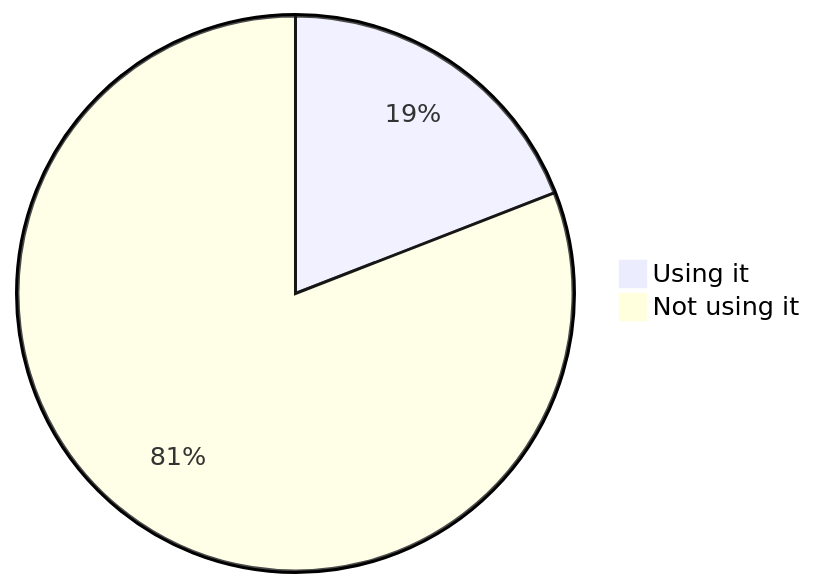
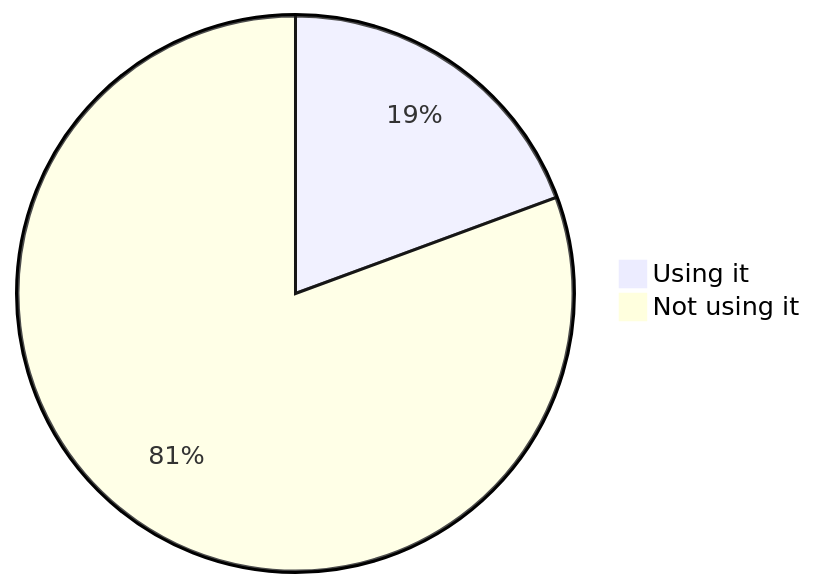
Diagram 18 of 22 in stats.md (oshp/oshp-stats), drawn with Mermaid before and after one commit. The commit also changed other lines of this file, not shown here.

````diff
--- a/stats.md
+++ b/stats.md
@@ -214,6 +214,6 @@
 ```mermaid
 pie
-	"Using it" : 19.1
-	"Not using it" : 80.9
+	"Using it" : 19.38
+	"Not using it" : 80.62
 
 ```
````
